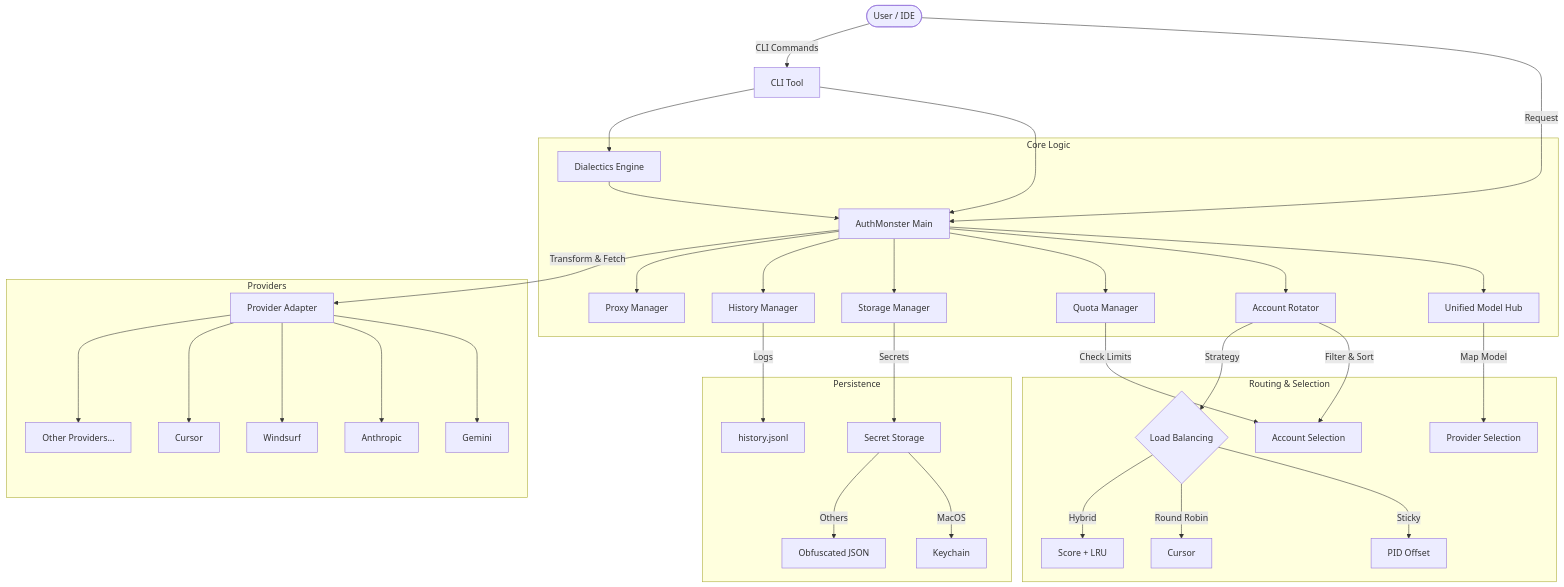
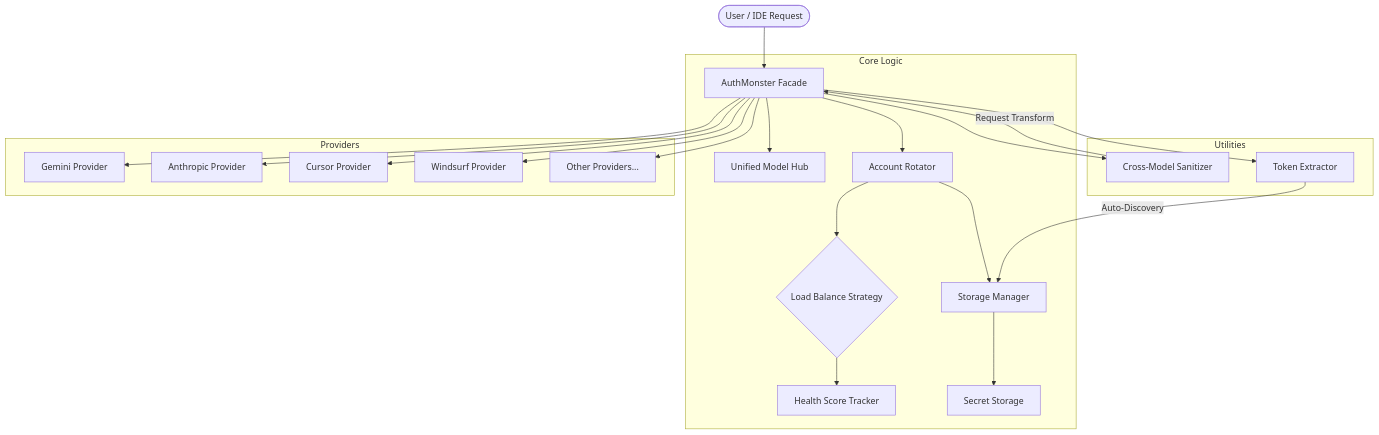
One commit to yuichiinumaru/opencode-auth-monster changed the diagram in docs/SYSTEM_KNOWLEDGE_GRAPH.md. Above: the diagram before and after it, drawn with Mermaid. The commit also changed other lines of this file and 2 other files, not shown here.

First line of the commit message:
docs: add comprehensive system knowledge graph and health report

````diff
--- a/docs/SYSTEM_KNOWLEDGE_GRAPH.md
+++ b/docs/SYSTEM_KNOWLEDGE_GRAPH.md
@@ -5,43 +9,29 @@
 ```mermaid
 graph TD
-    User([User / IDE]) -->|Request| AuthMonster[AuthMonster Main]
-    User -->|CLI Commands| CLI[CLI Tool]
-    CLI --> AuthMonster
-    CLI --> Dialectics[Dialectics Engine]
+    User([User / IDE Request]) --> AuthMonster[AuthMonster Facade]
 
     subgraph Core Logic
         AuthMonster --> Hub[Unified Model Hub]
         AuthMonster --> Rotator[Account Rotator]
-        AuthMonster --> Quota[Quota Manager]
-        AuthMonster --> Storage[Storage Manager]
-        AuthMonster --> History[History Manager]
-        AuthMonster --> Proxy[Proxy Manager]
-        Dialectics --> AuthMonster
+        Rotator --> Strategy{Load Balance Strategy}
+        Strategy --> Health[Health Score Tracker]
+        Rotator --> Storage[Storage Manager]
+        Storage --> Secrets[Secret Storage]
     end
 
-    subgraph Routing & Selection
-        Hub -->|Map Model| ProviderChoice[Provider Selection]
-        Rotator -->|Filter & Sort| AccountChoice[Account Selection]
-        Quota -->|Check Limits| AccountChoice
-        Rotator -->|Strategy| Strategy{Load Balancing}
-        Strategy -->|Sticky| Sticky[PID Offset]
-        Strategy -->|Round Robin| RR[Cursor]
-        Strategy -->|Hybrid| Hybrid[Score + LRU]
+    subgraph Utilities
+        AuthMonster --> Sanitizer[Cross-Model Sanitizer]
+        AuthMonster --> Extractor[Token Extractor]
     end
 
     subgraph Providers
-        AuthMonster -->|Transform & Fetch| ProviderAdapter[Provider Adapter]
-        ProviderAdapter --> Gemini
-        ProviderAdapter --> Anthropic
-        ProviderAdapter --> Windsurf
-        ProviderAdapter --> Cursor
-        ProviderAdapter --> Others[Other Providers...]
+        AuthMonster --> Gemini[Gemini Provider]
+        AuthMonster --> Anthropic[Anthropic Provider]
+        AuthMonster --> Cursor[Cursor Provider]
+        AuthMonster --> Windsurf[Windsurf Provider]
+        AuthMonster --> Others[Other Providers...]
     end
 
-    subgraph Persistence
-        Storage -->|Secrets| SecretStore[Secret Storage]
-        SecretStore -->|MacOS| Keychain[Keychain]
-        SecretStore -->|Others| File[Obfuscated JSON]
-        History -->|Logs| HistoryFile[history.jsonl]
-    end
+    Extractor -->|Auto-Discovery| Storage
+    Sanitizer -->|Request Transform| AuthMonster
 ```
````
